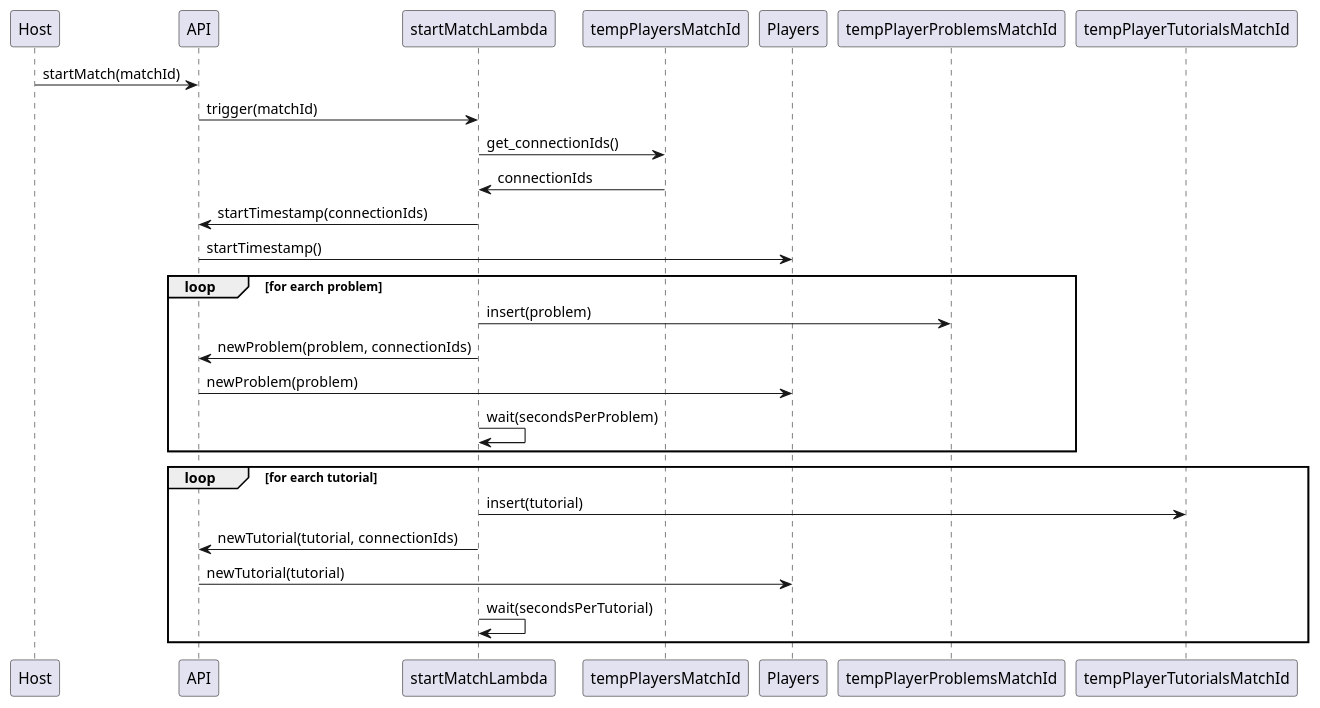
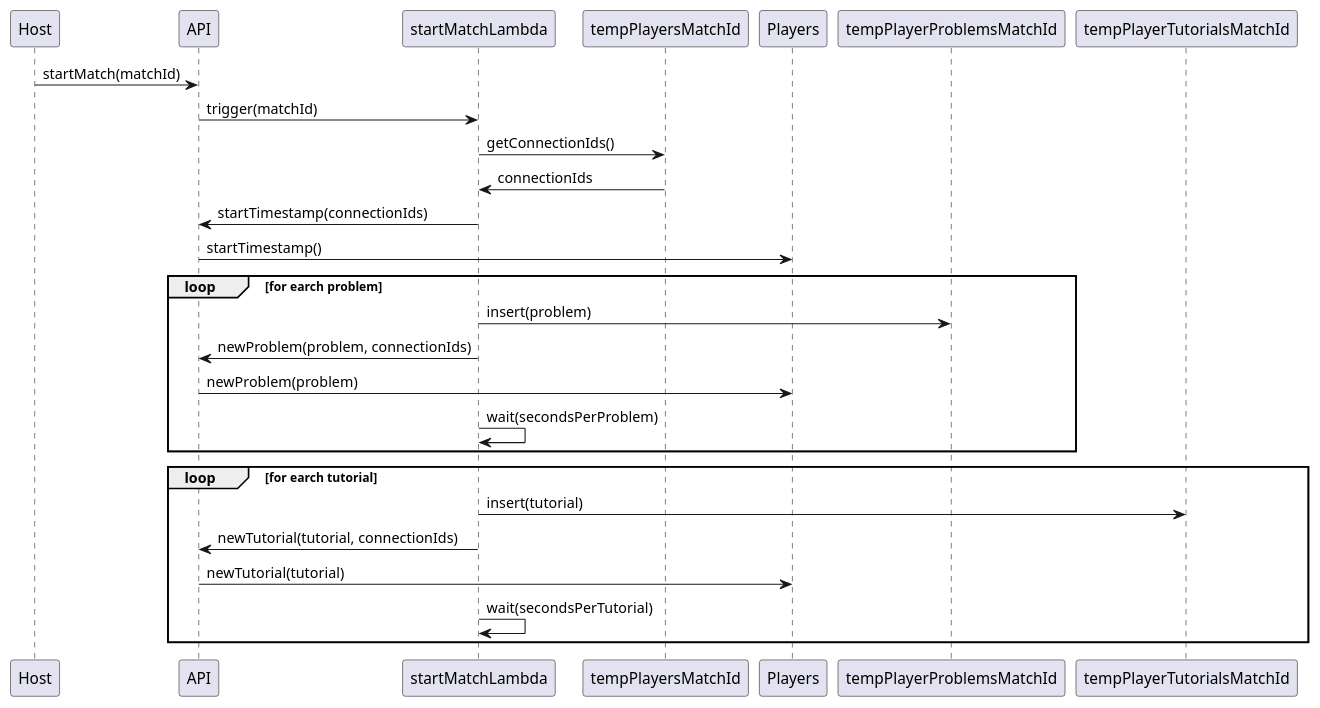
The diagram in startMatch.puml (joaquin30/koderush-backend), drawn with PlantUML before and after one commit. The commit also changed 4 other files, not shown here.

Commit message:
updated diagrams

```diff
--- a/startMatch.puml
+++ b/startMatch.puml
@@ -1,21 +1,21 @@
 @startuml koderush-startMatch
 
 Host -> API : startMatch(matchId)
 API -> startMatchLambda : trigger(matchId)
-startMatchLambda -> tempPlayersMatchId : get_connectionIds()
+startMatchLambda -> tempPlayersMatchId : getConnectionIds()
 tempPlayersMatchId -> startMatchLambda : connectionIds
 startMatchLambda -> API : startTimestamp(connectionIds)
 API -> Players : startTimestamp()
 loop for earch problem
     startMatchLambda -> tempPlayerProblemsMatchId : insert(problem)
     startMatchLambda -> API : newProblem(problem, connectionIds)
     API -> Players : newProblem(problem)
     startMatchLambda -> startMatchLambda : wait(secondsPerProblem)
 end
 loop for earch tutorial
     startMatchLambda -> tempPlayerTutorialsMatchId : insert(tutorial)
     startMatchLambda -> API : newTutorial(tutorial, connectionIds)
     API -> Players : newTutorial(tutorial)
     startMatchLambda -> startMatchLambda : wait(secondsPerTutorial)
 end
 @enduml
```
